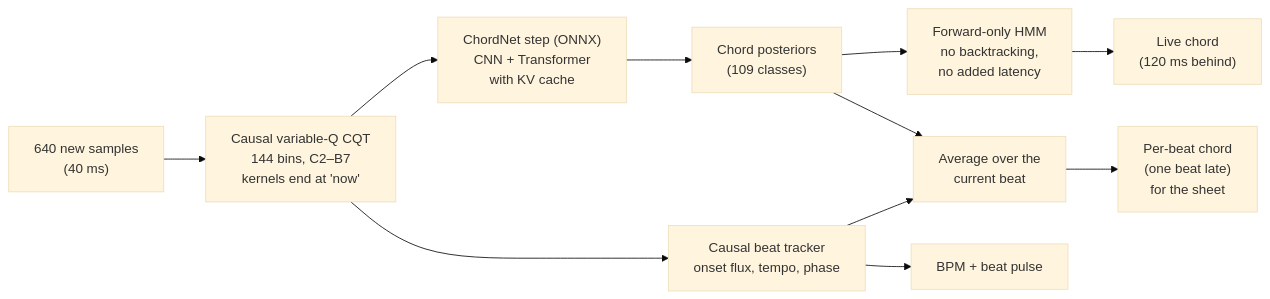
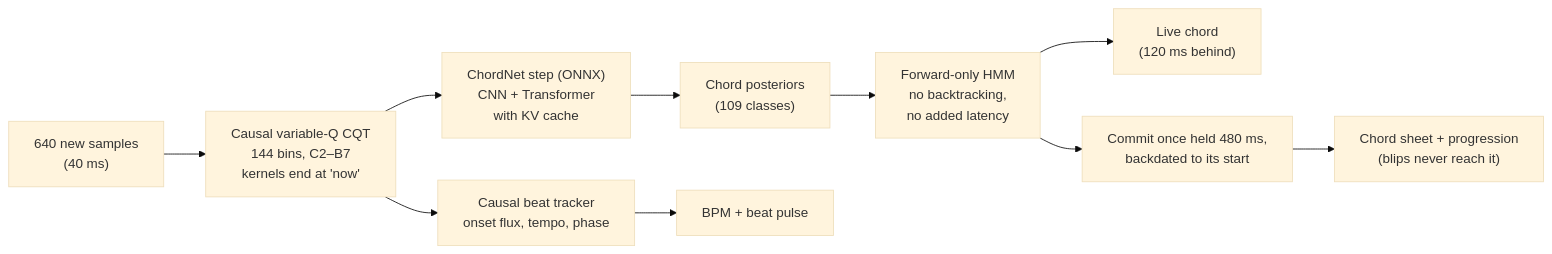
The second of 4 diagrams in README.md (helloparthshah/chordstream), drawn with Mermaid (base theme) before and after one commit. The commit also changed 3 other files, not shown here.

Commit message:
E26 rejected; F03: sheet commits chords after a 480 ms hold (83.4% majmin, 1.03x changes) instead of beat averaging

````diff
--- a/README.md
+++ b/README.md
@@ -45,13 +45,12 @@
 ```mermaid
 flowchart LR
     PCM["640 new samples<br/>(40 ms)"] --> CQT["Causal variable-Q CQT<br/>144 bins, C2–B7<br/>kernels end at 'now'"]
     CQT --> NET["ChordNet step (ONNX)<br/>CNN + Transformer<br/>with KV cache"]
     NET --> P["Chord posteriors<br/>(109 classes)"]
     P --> HMM["Forward-only HMM<br/>no backtracking,<br/>no added latency"]
     HMM --> LIVE["Live chord<br/>(120 ms behind)"]
-    P --> POOL["Average over the<br/>current beat"]
+    HMM --> HOLD["Commit once held 480 ms,<br/>backdated to its start"]
+    HOLD --> BEAT["Chord sheet + progression<br/>(blips never reach it)"]
     CQT --> BT["Causal beat tracker<br/>onset flux, tempo, phase"]
-    BT --> POOL
     BT --> BPM["BPM + beat pulse"]
-    POOL --> BEAT["Per-beat chord<br/>(one beat late)<br/>for the sheet"]
 ```
````
